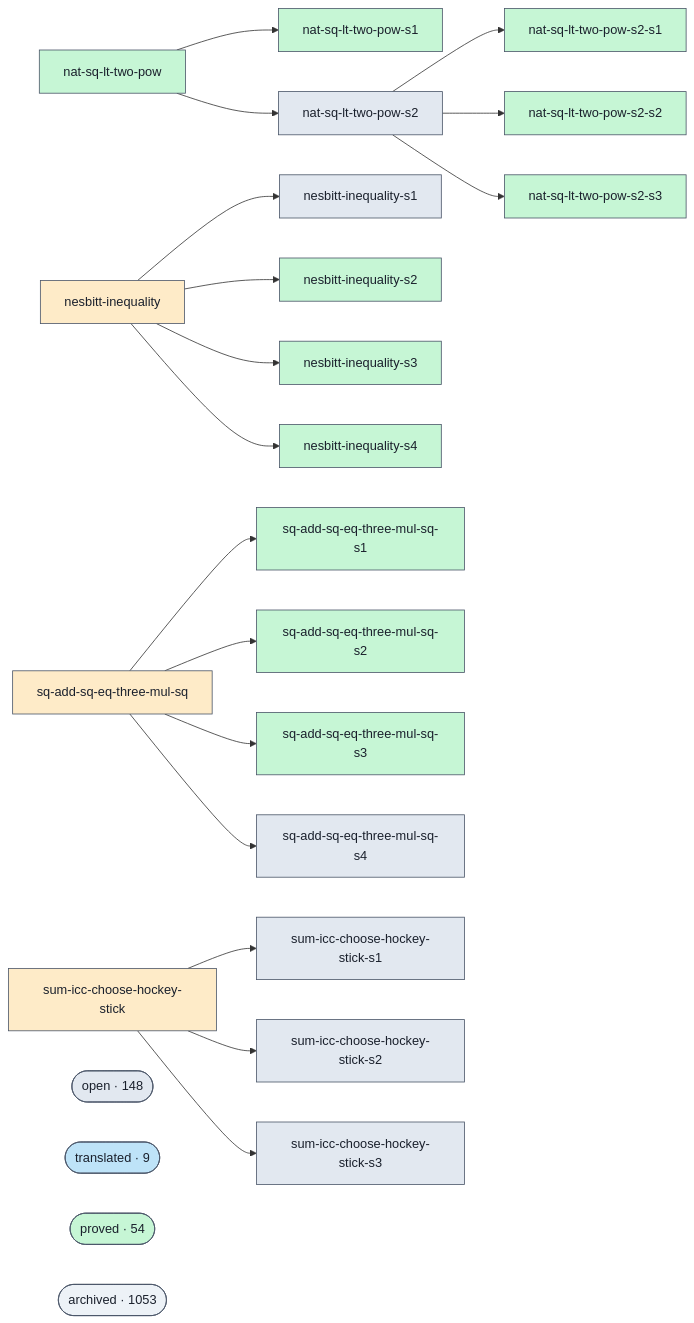
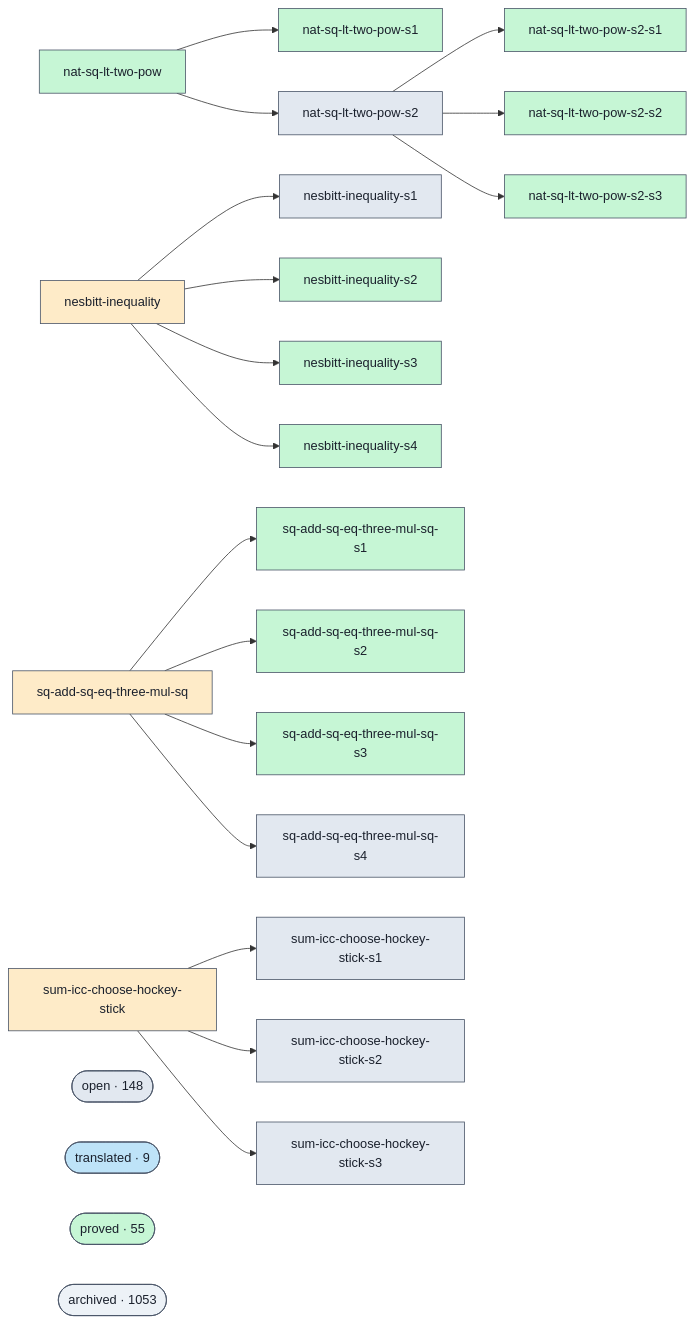
Before and after one commit to Rauxon/unsorry: the diagram in docs/proofs-contributors-visualisation.md, drawn with Mermaid. The commit also changed other lines of this file and 2 other files, not shown here.

```diff
--- a/docs/proofs-contributors-visualisation.md
+++ b/docs/proofs-contributors-visualisation.md
@@ -102,7 +102,7 @@
   class cluster_open open;
   cluster_translated(["translated · 9"])
   class cluster_translated translated;
-  cluster_proved(["proved · 54"])
+  cluster_proved(["proved · 55"])
   class cluster_proved proved;
   cluster_archived(["archived · 1053"])
   class cluster_archived unknown;
```
